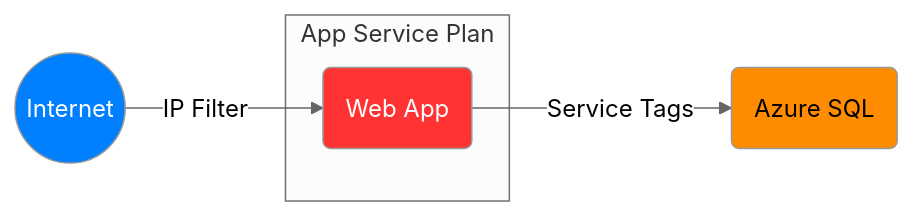
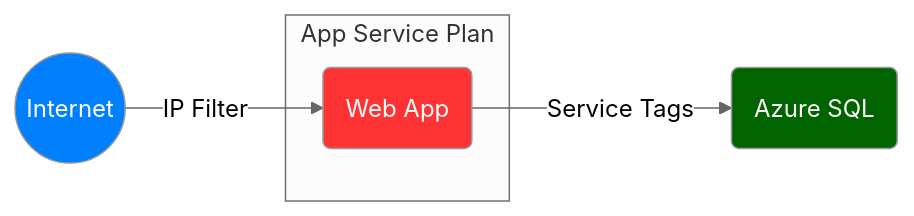
One commit to msalemor/app-services-networking changed the second of 7 diagrams in README.md. Above: the diagram before and after it, drawn with Mermaid (neutral theme). The commit also changed other lines of this file, not shown here.

````diff
--- a/README.md
+++ b/README.md
@@ -61,15 +61,15 @@
 ```mermaid
 graph LR;
   A((Internet))-- IP Filter -->a1;
   subgraph "App Service Plan"
     a1(Web App)
   end
   a1-- Service Tags -->C(Azure SQL);
   classDef internet fill:#007FFF,color:white;
   classDef unsafe fill:#ff3333,color:white;
   classDef semisafe fill:darkorange,color:black;
-  classDef safe fill:darkgreen,color:black;
+  classDef safe fill:darkgreen,color:white;
   class A internet;
   class a1 unsafe;
-  class C semisafe;
+  class C safe;
 ```
````
